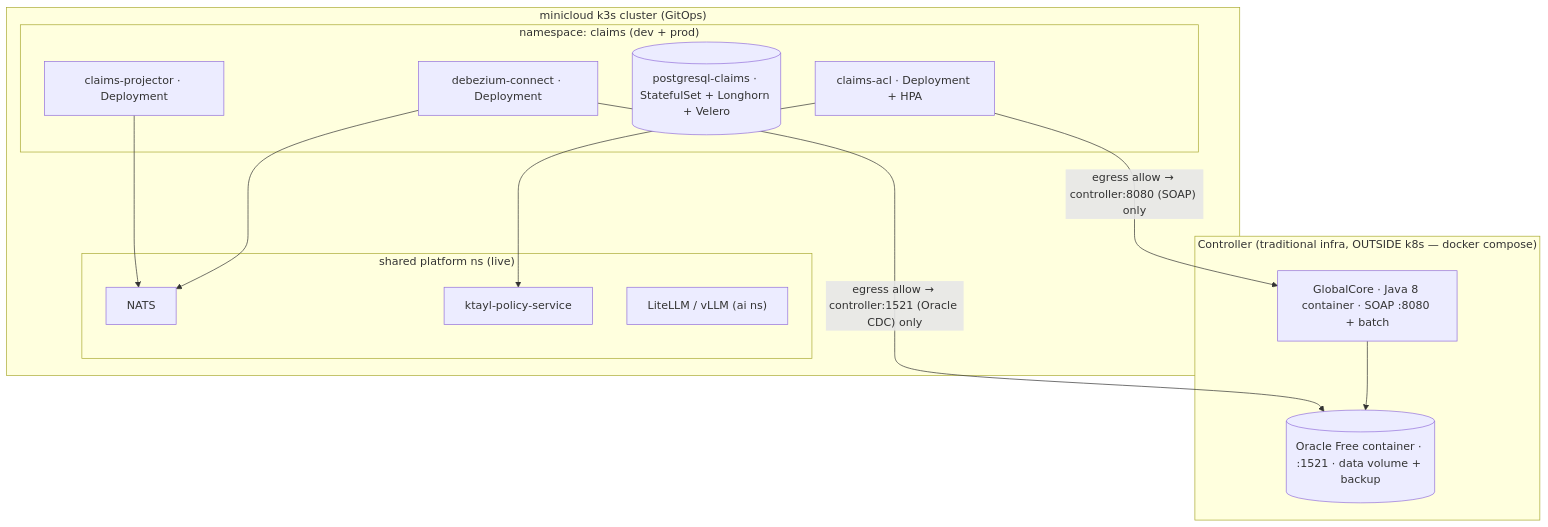
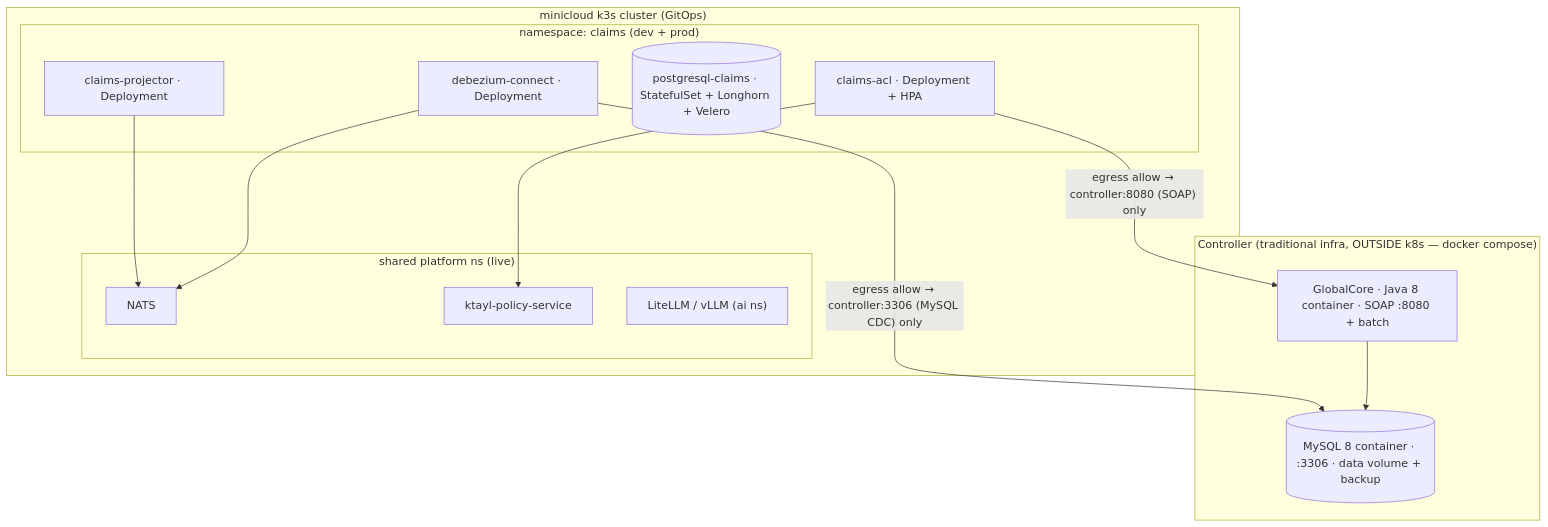
The third of 3 diagrams in docs/architecture/solution-architecture.md (andrelair-platform/ktayl-claims), drawn with Mermaid before and after one commit. The commit also changed other lines of this file and 3 other files, not shown here.

````diff
--- a/docs/architecture/solution-architecture.md
+++ b/docs/architecture/solution-architecture.md
@@ -109,26 +112,26 @@
 ```mermaid
 flowchart TB
   subgraph CTRL["Controller (traditional infra, OUTSIDE k8s — docker compose)"]
     app["GlobalCore · Java 8 container · SOAP :8080 + batch"]
-    ora[("Oracle Free container · :1521 · data volume + backup")]
+    ora[("MySQL 8 container · :3306 · data volume + backup")]
     app --> ora
   end
   subgraph K["minicloud k3s cluster (GitOps)"]
     subgraph NS["namespace: claims (dev + prod)"]
       acl["claims-acl · Deployment + HPA"]
       proj["claims-projector · Deployment"]
       rm[("postgresql-claims · StatefulSet + Longhorn + Velero")]
       cdc["debezium-connect · Deployment"]
     end
     subgraph SH["shared platform ns (live)"]
       bus["NATS"]
       pas["ktayl-policy-service"]
       ai["LiteLLM / vLLM (ai ns)"]
     end
   end
   acl -->|"egress allow → controller:8080 (SOAP) only"| app
-  cdc -->|"egress allow → controller:1521 (Oracle CDC) only"| ora
+  cdc -->|"egress allow → controller:3306 (MySQL CDC) only"| ora
   cdc --> bus
   proj --> bus
   acl --> pas
 ```
````
